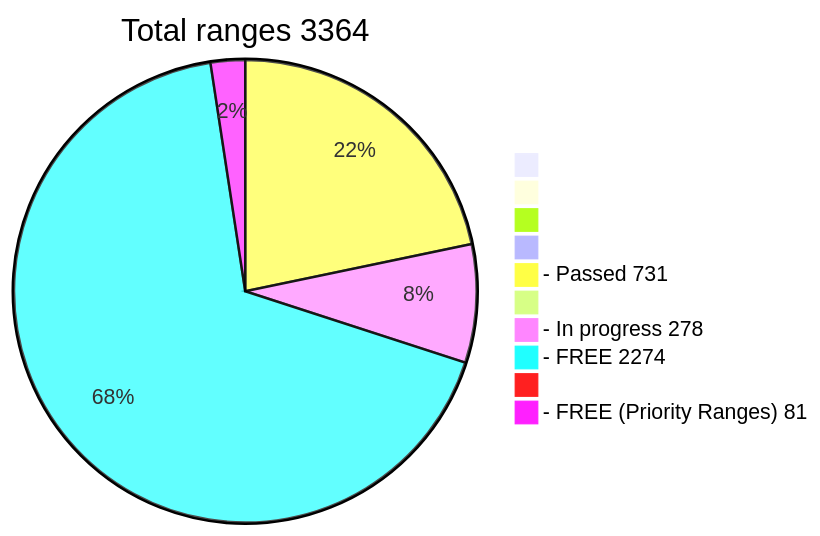
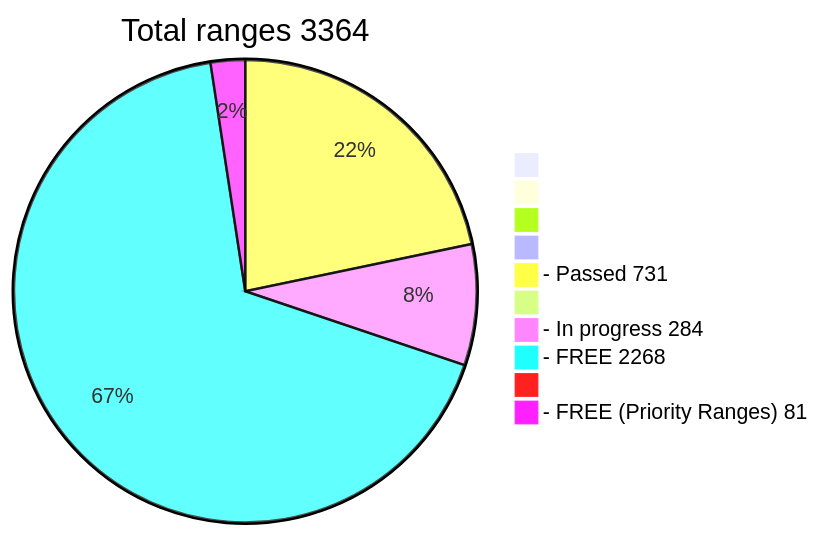
Before and after one commit to phrutis/wif500: the diagram in README.md, drawn with Mermaid.

````diff
--- a/README.md
+++ b/README.md
@@ -16,13 +16,13 @@
 ```mermaid
 pie title Total ranges 3364
              " " : 0
             "  " : 0
            "   " : 0
           "    " : 0
   "- Passed 731" : 731
          "     " : 0
-  "- In progress 278" : 278
-   "- FREE 2274" : 2274
+  "- In progress 284" : 284
+   "- FREE 2268" : 2268
         "      " : 0
   "- FREE (Priority Ranges) 81" : 81
 ```
````
